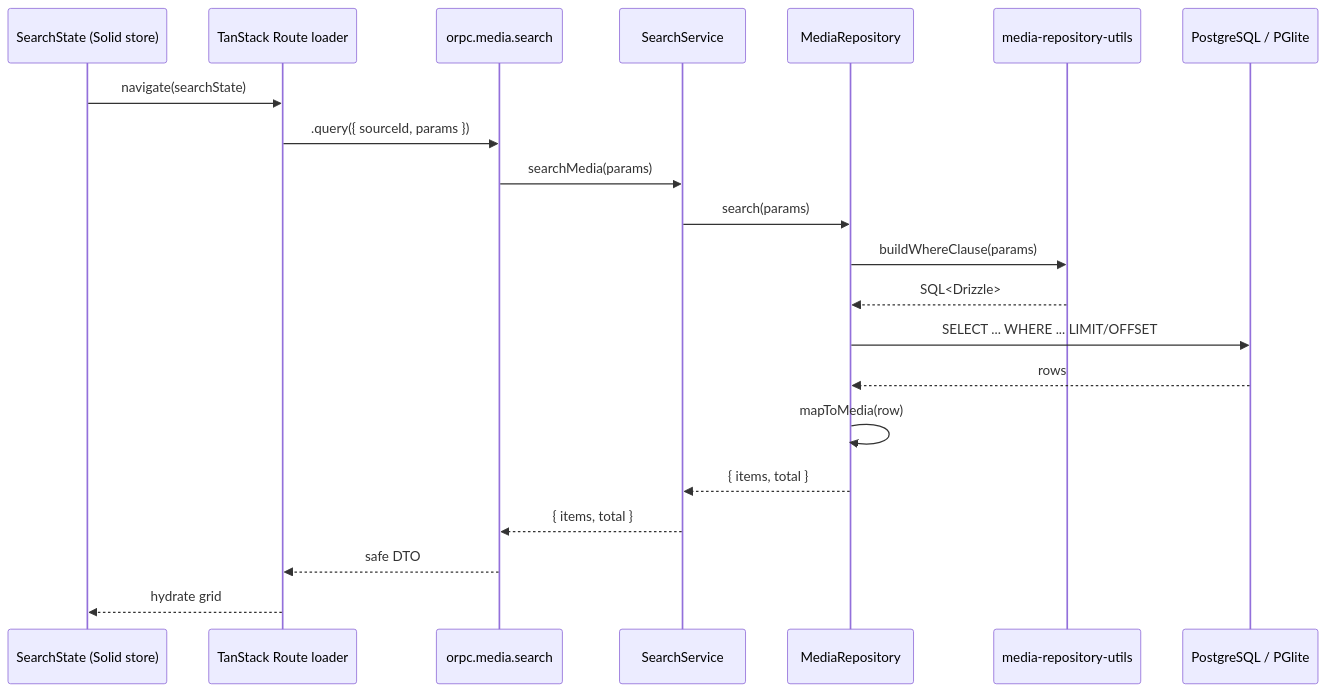
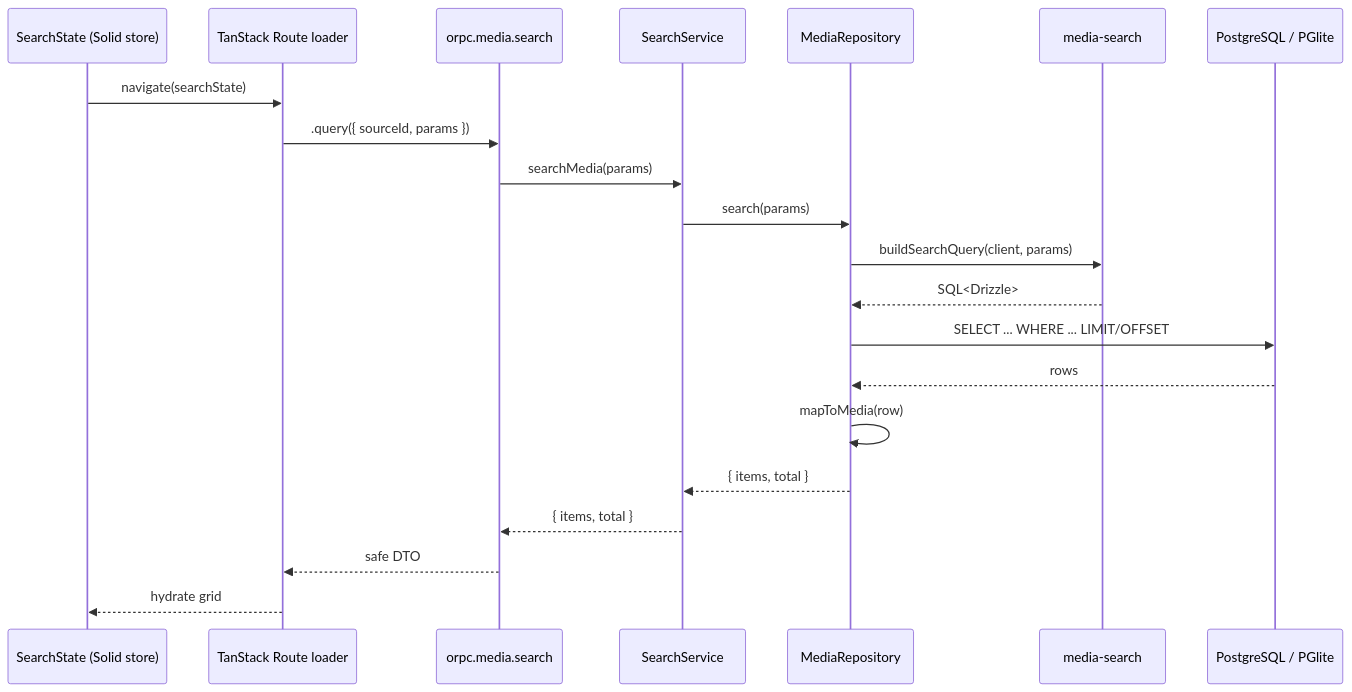
Before and after one commit to hmjn023/solid-imager: the second of 7 diagrams in .indexion/wiki/process-flows.md, drawn with Mermaid. The commit also changed other lines of this file and 1 other file, not shown here.

Commit message:
docs: align search function references with actual implementation (PR#330 review)

````diff
--- a/.indexion/wiki/process-flows.md
+++ b/.indexion/wiki/process-flows.md
@@ -54,24 +54,24 @@
 ```mermaid
 sequenceDiagram
     participant UI as SearchState (Solid store)
     participant Route as TanStack Route loader
     participant RPC as orpc.media.search
     participant SS as SearchService
     participant MR as MediaRepository
-    participant UT as media-repository-utils
+    participant UT as media-search
     participant DB as PostgreSQL / PGlite
 
     UI->>Route: navigate(searchState)
     Route->>RPC: .query({ sourceId, params })
     RPC->>SS: searchMedia(params)
     SS->>MR: search(params)
-    MR->>UT: buildWhereClause(params)
+    MR->>UT: buildSearchQuery(client, params)
     UT-->>MR: SQL<Drizzle>
     MR->>DB: SELECT ... WHERE ... LIMIT/OFFSET
     DB-->>MR: rows
     MR->>MR: mapToMedia(row)
     MR-->>SS: { items, total }
     SS-->>RPC: { items, total }
     RPC-->>Route: safe DTO
     Route-->>UI: hydrate grid
 ```
````
